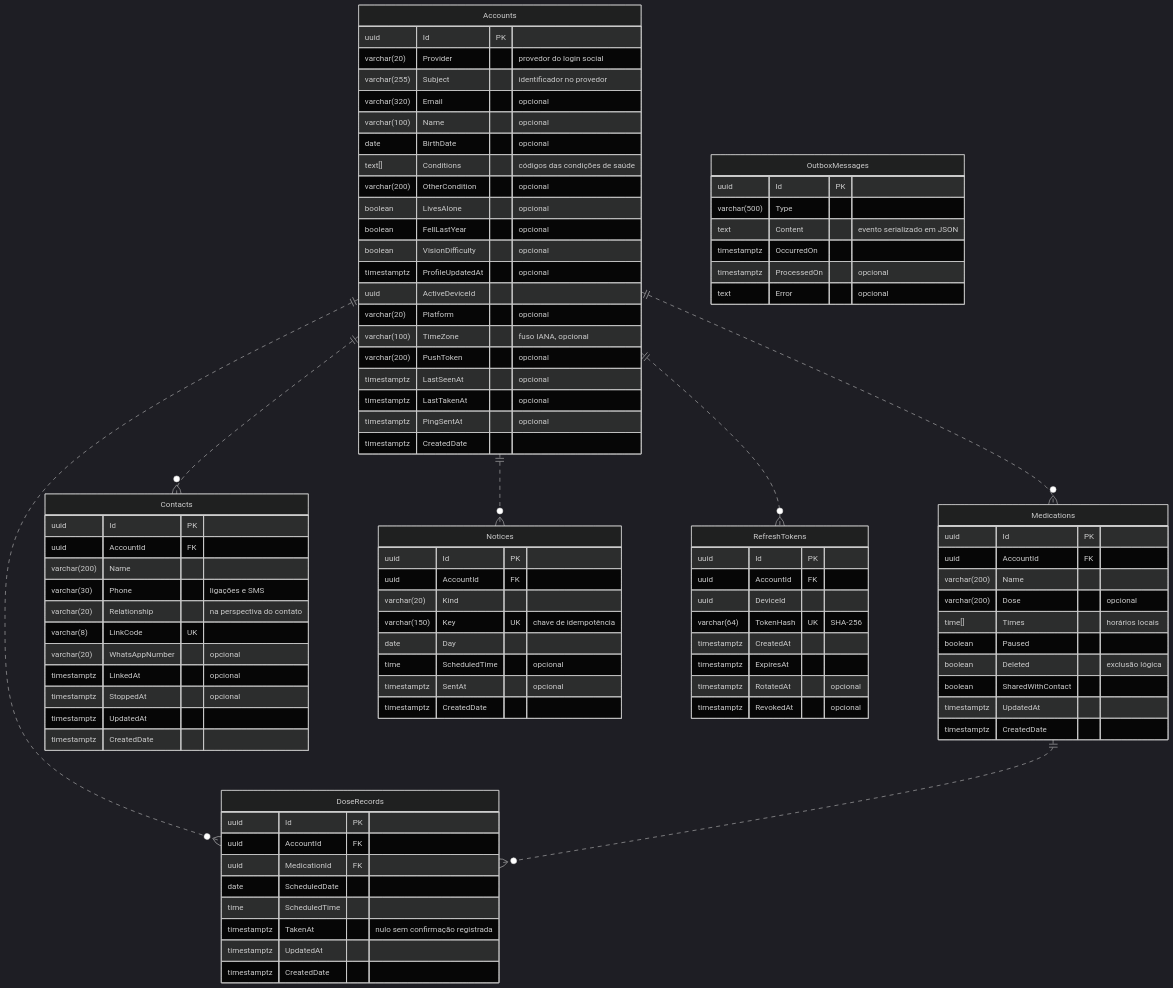
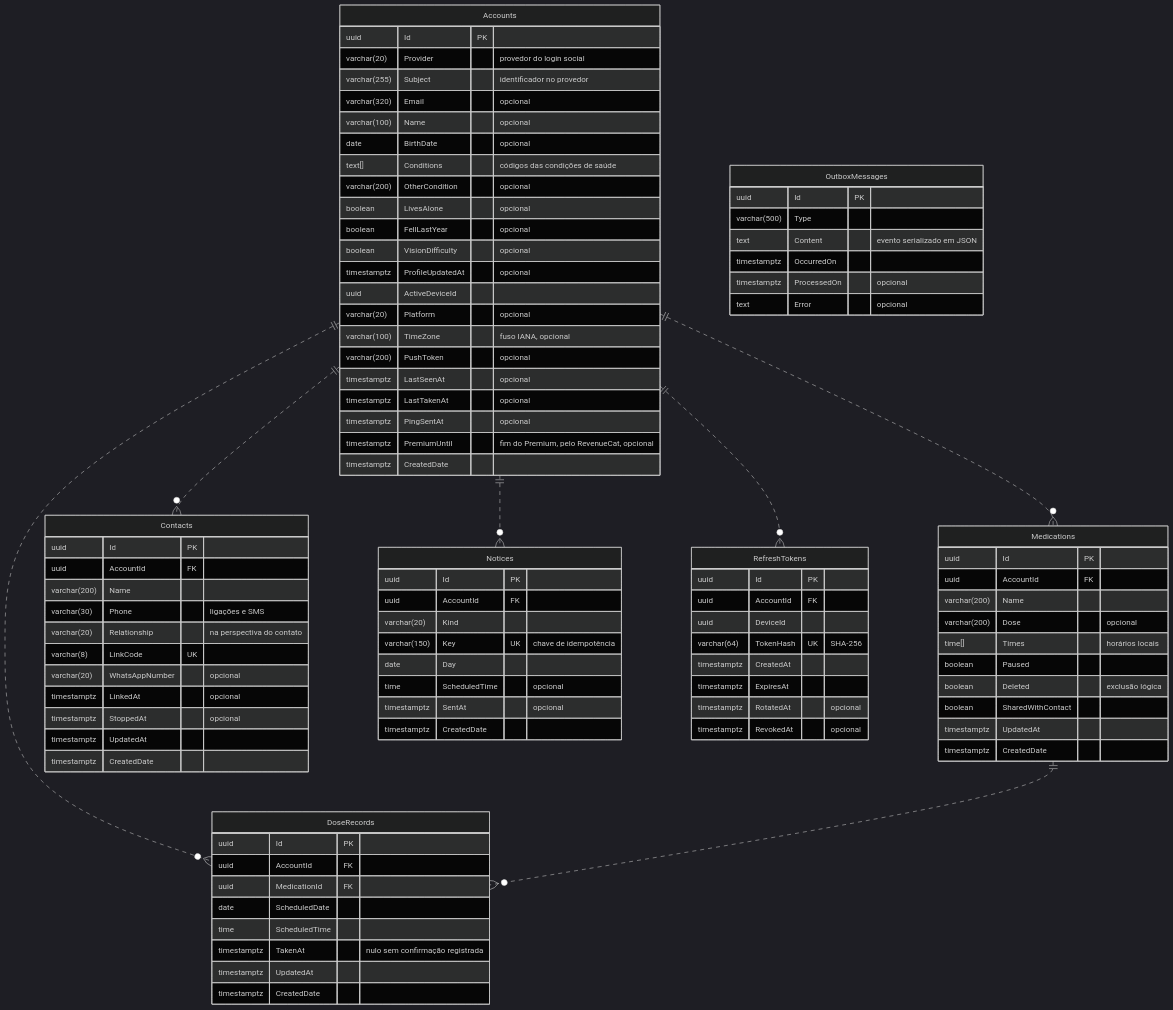
Before and after one commit to revo-solutions/cmi: the diagram in docs/database.md, drawn with Mermaid (dark theme). The commit also changed 25 other files, not shown here.

```diff
--- a/docs/database.md
+++ b/docs/database.md
@@ -32,6 +32,7 @@
         timestamptz LastSeenAt "opcional"
         timestamptz LastTakenAt "opcional"
         timestamptz PingSentAt "opcional"
+        timestamptz PremiumUntil "fim do Premium, pelo RevenueCat, opcional"
         timestamptz CreatedDate
     }
 
```
